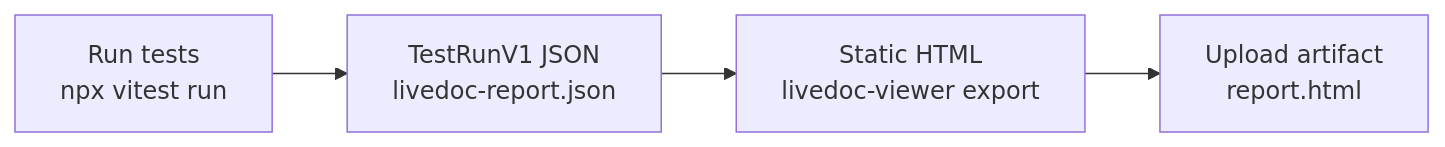
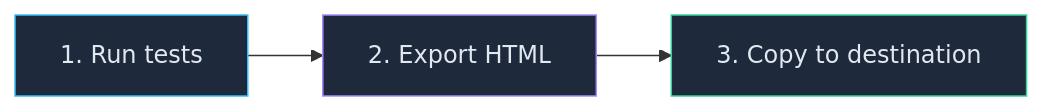
The diagram in docs/docs/vitest/guides/ci-cd.mdx (dotnetprofessional/LiveDoc), drawn with Mermaid before and after one commit. The commit also changed other lines of this file and 2 other files, not shown here.

````diff
--- a/docs/docs/vitest/guides/ci-cd.mdx
+++ b/docs/docs/vitest/guides/ci-cd.mdx
@@ -25,6 +20,8 @@
 ```mermaid
 graph LR
-    A["Run tests<br/>npx vitest run"] --> B["TestRunV1 JSON<br/>livedoc-report.json"]
-    B --> C["Static HTML<br/>livedoc-viewer export"]
-    C --> D["Upload artifact<br/>report.html"]
+    A["1. Run tests"] --> B["2. Export HTML"]
+    B --> C["3. Copy to destination"]
+    style A fill:#1e293b,stroke:#38bdf8,color:#e2e8f0
+    style B fill:#1e293b,stroke:#a78bfa,color:#e2e8f0
+    style C fill:#1e293b,stroke:#34d399,color:#e2e8f0
 ```
````
